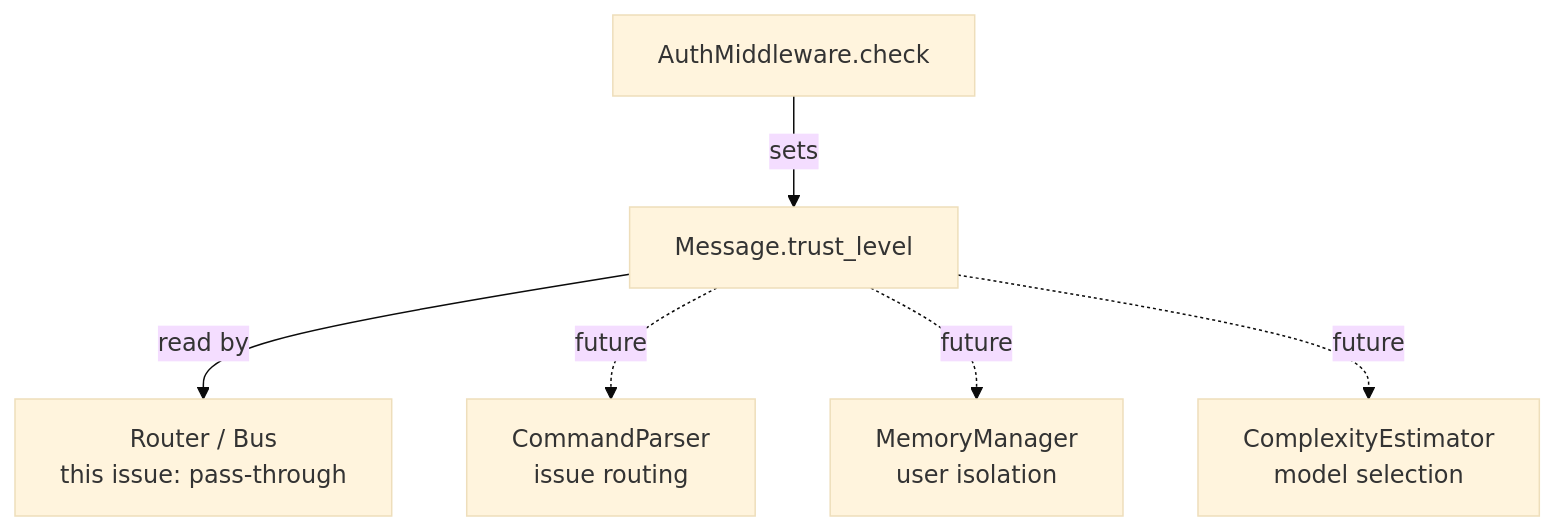
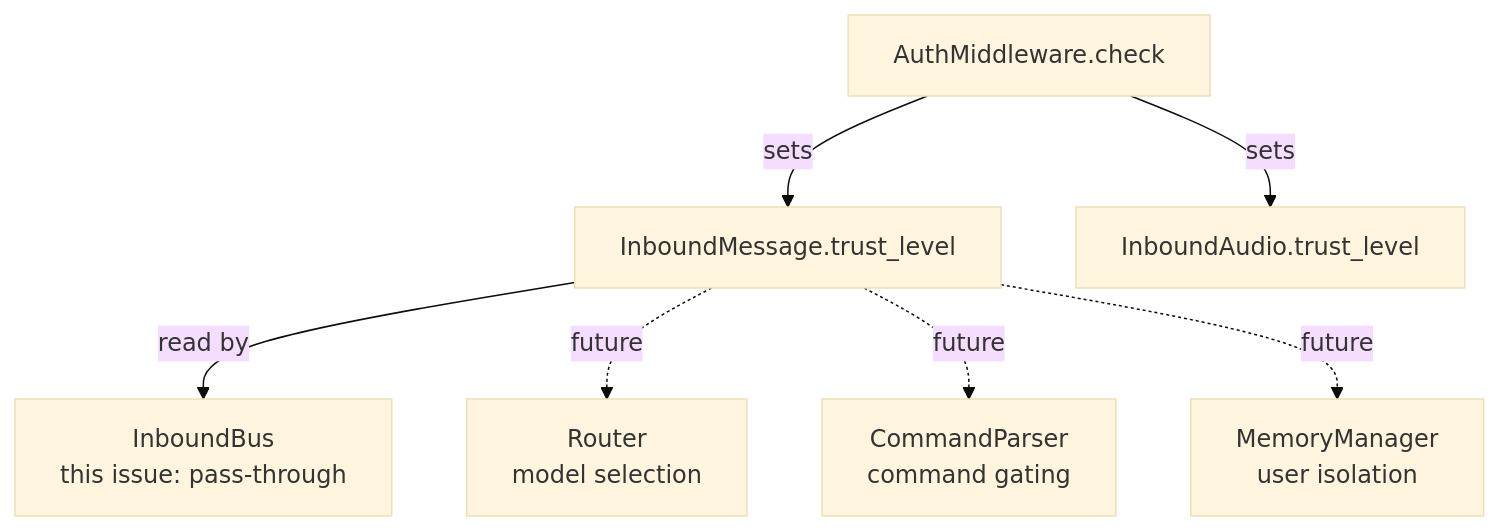
Before and after one commit to Roxabi/lyra: the second of 2 diagrams in artifacts/specs/151-auth-middleware-trust-level-spec.mdx, drawn with Mermaid (base theme). The commit also changed other lines of this file, not shown here.

First line of the commit message:
docs(spec): rewrite spec for #151 — AuthMiddleware + TrustLevel per adapter

````diff
--- a/artifacts/specs/151-auth-middleware-trust-level-spec.mdx
+++ b/artifacts/specs/151-auth-middleware-trust-level-spec.mdx
@@ -105,11 +115,13 @@
 ```mermaid
 flowchart TD
     AUTH[AuthMiddleware.check]
-    MSG[Message.trust_level]
+    MSG[InboundMessage.trust_level]
+    AUDIO[InboundAudio.trust_level]
 
     AUTH -->|sets| MSG
-    MSG -->|read by| ROUTER[Router / Bus\nthis issue: pass-through]
-    MSG -.->|future| COMMANDS[CommandParser\nissue routing]
+    AUTH -->|sets| AUDIO
+    MSG -->|read by| BUS[InboundBus\nthis issue: pass-through]
+    MSG -.->|future| ROUTER[Router\nmodel selection]
+    MSG -.->|future| COMMANDS[CommandParser\ncommand gating]
     MSG -.->|future| MEMORY[MemoryManager\nuser isolation]
-    MSG -.->|future| COMPLEXITY[ComplexityEstimator\nmodel selection]
 ```
````
